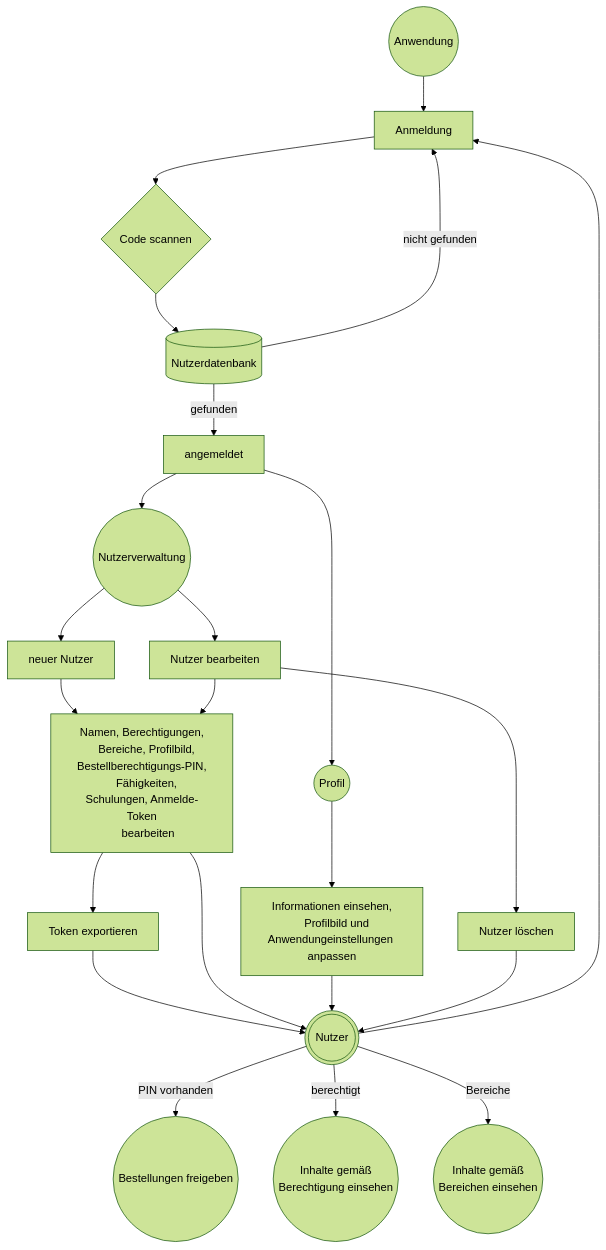
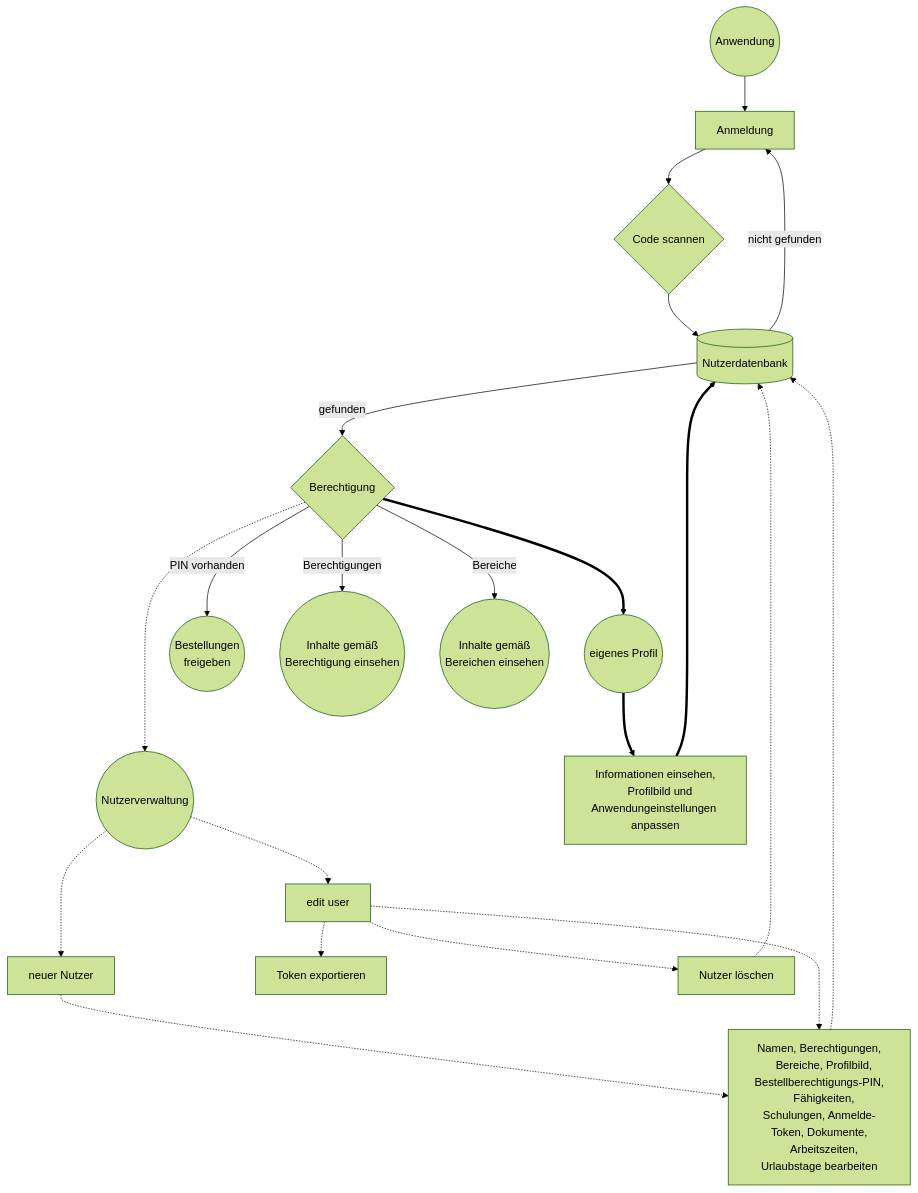
The first of 7 diagrams in readme.de.md (erroronline1/caro), drawn with Mermaid (forest theme) before and after one commit. The commit also changed other lines of this file and 1 other file, not shown here.

Commit message:
flowcharts updates

````diff
--- a/readme.de.md
+++ b/readme.de.md
@@ -286,34 +286,33 @@
 ```mermaid
 graph TD;
     application((Anwendung))-->login[Anmeldung];
     login-->scan_code;
     scan_code{Code scannen}-->user_db[(Nutzerdatenbank)];
-    user_db-->|gefunden|logged_in[angemeldet];
+    user_db-->|gefunden|permission{Berechtigung};
     user_db-->|nicht gefunden|login;
-    logged_in-->manage_users((Nutzerverwaltung));
-    manage_users-->new_user[neuer Nutzer];
-    manage_users-->edit_user[Nutzer bearbeiten];
-    new_user-->user_settings["Namen, Berechtigungen,
+
+    permission-..->manage_users((Nutzerverwaltung));
+    manage_users-..->new_user[neuer Nutzer];
+    manage_users-.->edit_user[edit user];
+    new_user-.->user_settings["Namen, Berechtigungen,
     Bereiche, Profilbild, Bestellberechtigungs-PIN,
-    Fähigkeiten, Schulungen, Anmelde-Token
-    bearbeiten"];
-    edit_user-->user_settings;
-    user_settings-->export_token[Token exportieren];
-    export_token-->user(((Nutzer)));
-    user-->login;
-    user_settings-->user;
+    Fähigkeiten, Schulungen, Anmelde-Token, Dokumente,
+    Arbeitszeiten, Urlaubstage bearbeiten"];
+    edit_user-.->user_settings;
+    edit_user-.->export_token[Token exportieren];
+    user_settings-.->user_db;
+    edit_user-.->delete_user[Nutzer löschen];
+    delete_user-.->user_db;
 
-    logged_in-->own_profile((Profil));
-    own_profile-->profile["Informationen einsehen,
+    permission==>own_profile((eigenes Profil));
+    own_profile==>profile["Informationen einsehen,
     Profilbild und Anwendungeinstellungen anpassen"];
-    profile-->user;
+    profile==>user_db;
 
-    edit_user-->delete_user[Nutzer löschen];
-    delete_user-->user;
-
-    user-->|PIN vorhanden|orders((Bestellungen freigeben))
-    user-->|berechtigt|authorized(("Inhalte gemäß
+    permission-->|PIN vorhanden|orders(("Bestellungen
+    freigeben"));
+    permission-->|Berechtigungen|authorized(("Inhalte gemäß
     Berechtigung einsehen"))
-    user-->|Bereiche|units(("Inhalte gemäß
+    permission-->|Bereiche|units(("Inhalte gemäß
     Bereichen einsehen"))
 ```
````
